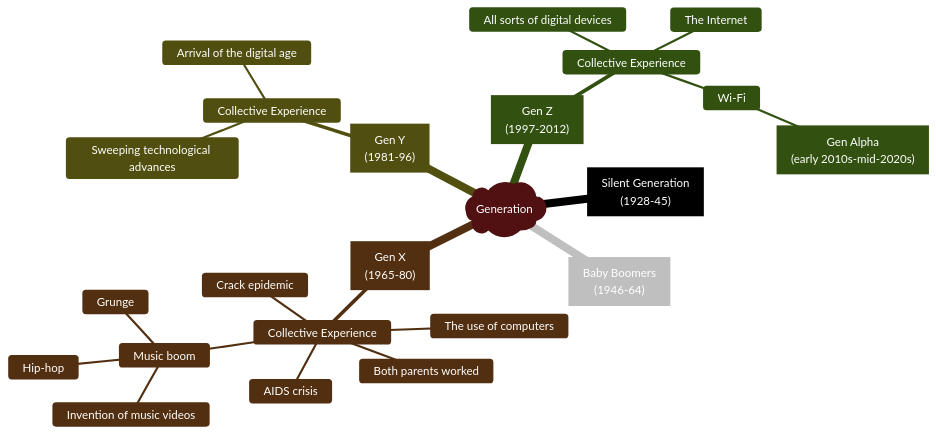
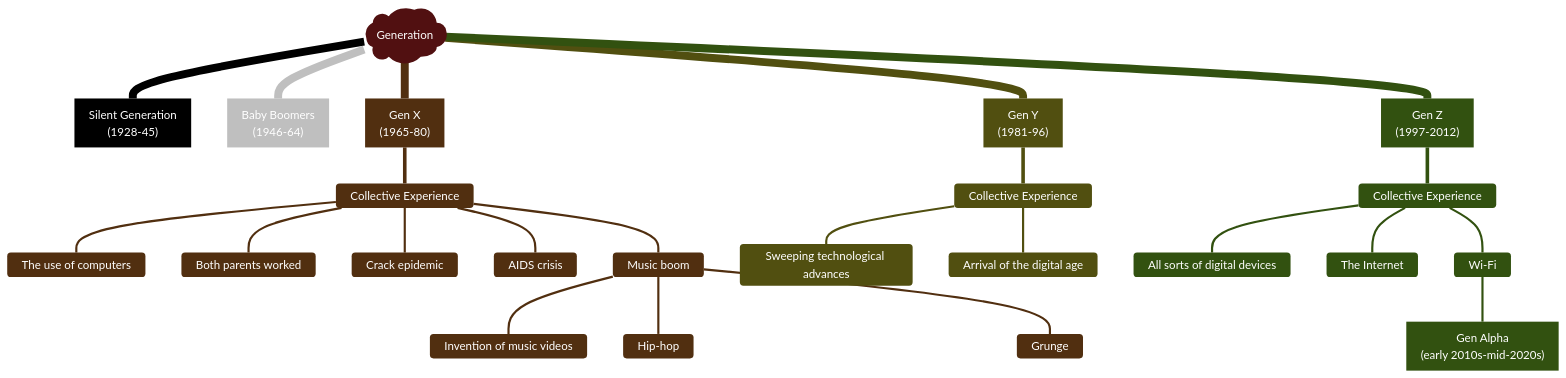
Before and after one commit to Charlie929-dot/charlie_vault: the diagram in 英语第一次作业.md, drawn with Mermaid.

Commit message:
vault backup: 2026-03-03 11:21:24

````diff
--- a/英语第一次作业.md
+++ b/英语第一次作业.md
@@ -3,40 +3,39 @@
 ```mermaid
 ---
 config:
   theme: 'base'
   themeVariables:
     primaryColor: '#BB2528'
     primaryTextColor: '#fff'
     primaryBorderColor: '#7C0000'
     lineColor: '#F8B229'
     secondaryColor: '#006100'
     tertiaryColor: '#fff'
-  mindmap:
-    layout: 'tidy-tree'
-    direction: 'TD'
+  layout: dagre
+  direction: TD
 ---
 			mindmap
 				  root)Generation(
 				    Gen["`Silent Generation<br/>(1928-45)`"]
 				    Gen["`Baby Boomers<br/>(1946-64)`"]
 				    Gen["`Gen X<br/>(1965-80)`"]
 				      Collective Experience
 				        The use of computers
 				        Both parents worked
 				        Crack epidemic
 				        AIDS crisis
 				        Music boom
 				          Invention of music videos
 				          Hip-hop
 				          Grunge
 				    Gen["`Gen Y<br/>(1981-96)`"]
 				      Collective Experience
 				        Sweeping technological advances
 				        Arrival of the digital age
 				    Gen["`Gen Z<br/>(1997-2012)`"]
 				      Collective Experience
 				        All sorts of digital devices
 				        The Internet
 				        Wi-Fi
                     Gen["`Gen Alpha<br/>(early 2010s-mid-2020s)`"]
 ```
````
